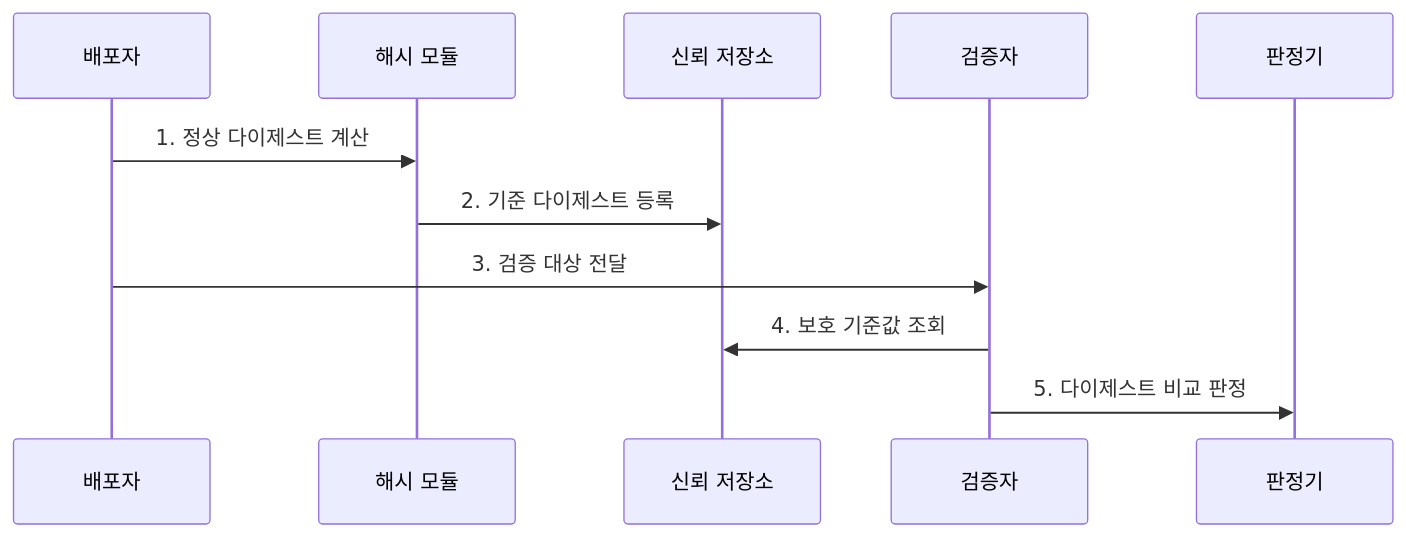
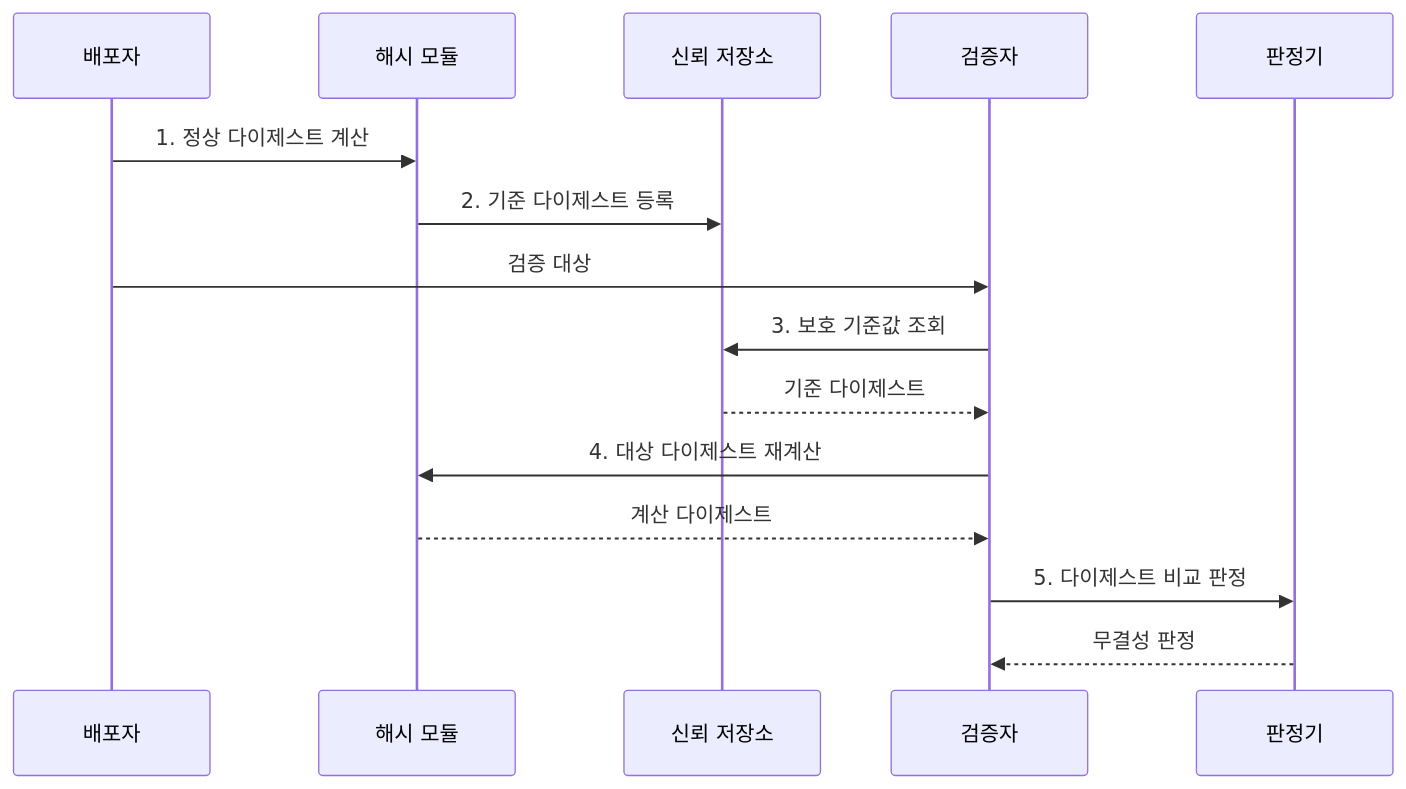
One commit to agnusdei1207/knowledge-base changed the second of 2 diagrams in src/content/docs/notes/05-security/004_hash_algorithm.md. Above: the diagram before and after it, drawn with Mermaid. The commit also changed other lines of this file and 20 other files, not shown here.

````diff
--- a/src/content/docs/notes/05-security/004_hash_algorithm.md
+++ b/src/content/docs/notes/05-security/004_hash_algorithm.md
@@ -89,13 +89,17 @@
 ```mermaid
 sequenceDiagram
     participant P as 배포자
     participant H as 해시 모듈
     participant R as 신뢰 저장소
     participant V as 검증자
     participant D as 판정기
     P->>H: 1. 정상 다이제스트 계산
     H->>R: 2. 기준 다이제스트 등록
-    P->>V: 3. 검증 대상 전달
-    V->>R: 4. 보호 기준값 조회
+    P->>V: 검증 대상
+    V->>R: 3. 보호 기준값 조회
+    R-->>V: 기준 다이제스트
+    V->>H: 4. 대상 다이제스트 재계산
+    H-->>V: 계산 다이제스트
     V->>D: 5. 다이제스트 비교 판정
+    D-->>V: 무결성 판정
 ```
````
